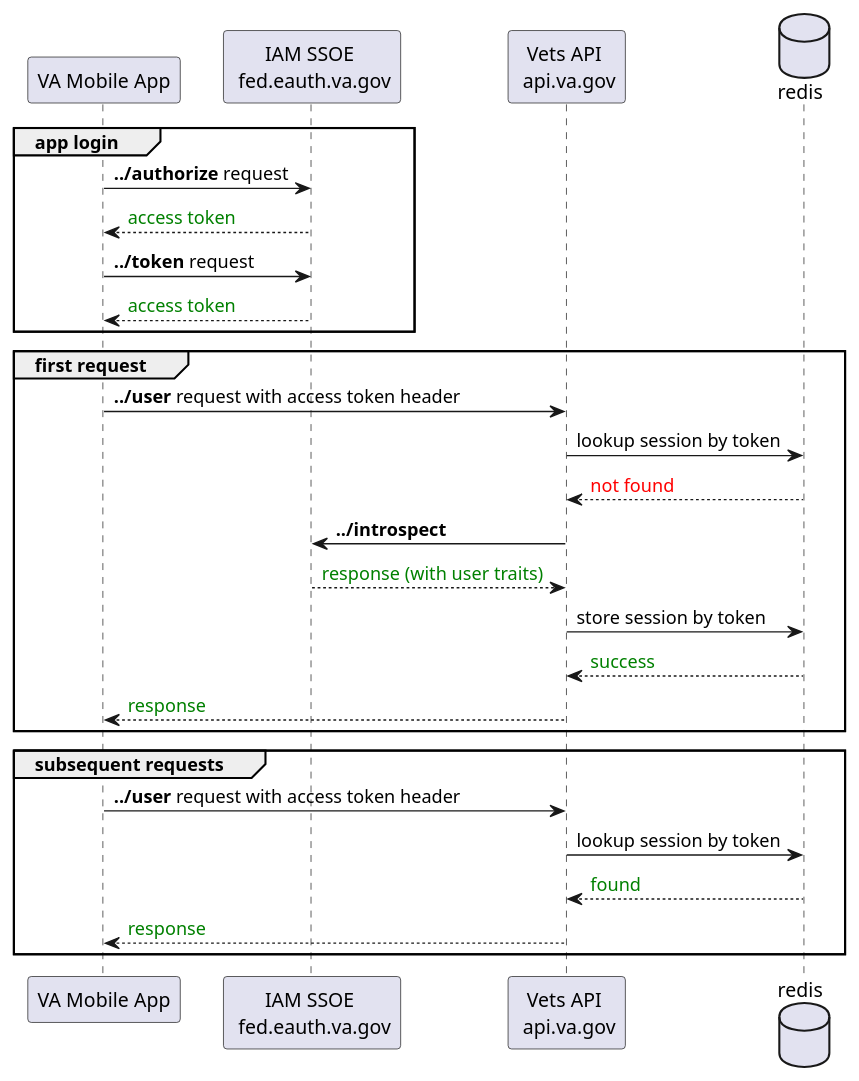
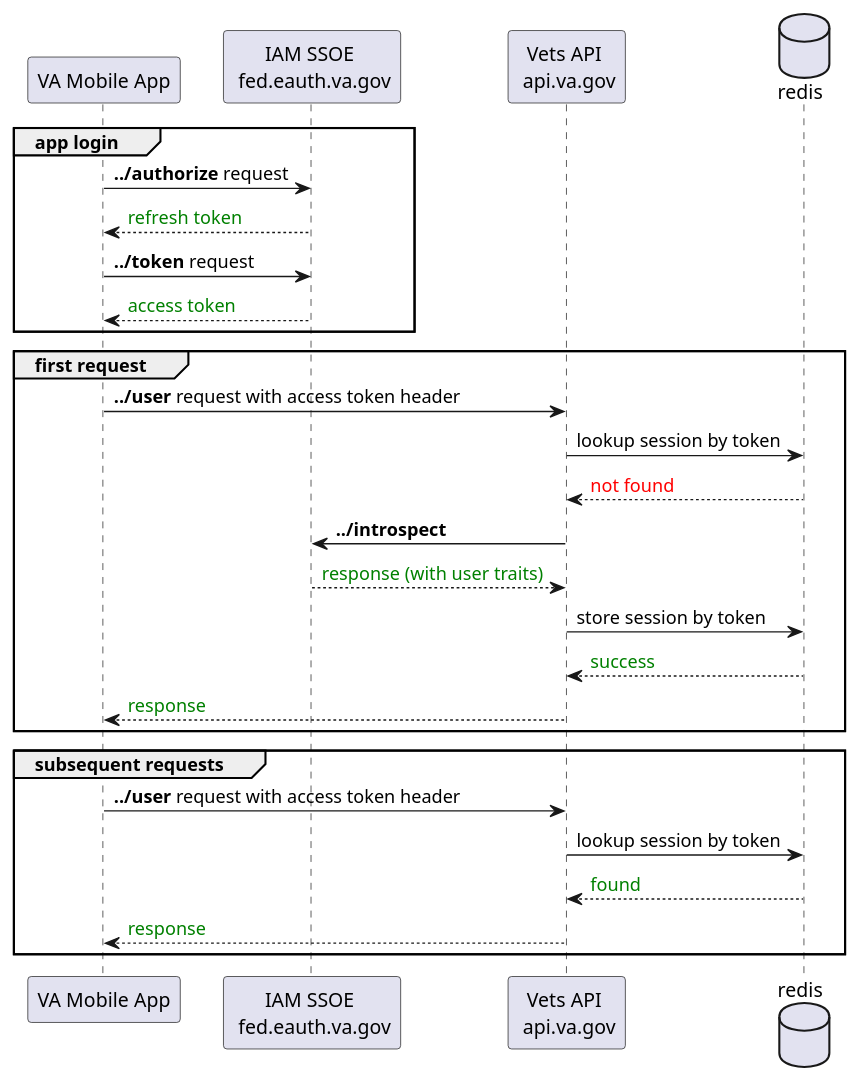
Before and after one commit to department-of-veterans-affairs/va.gov-team: the diagram in platform/engineering/design-docs/images/mobile-ssoe-auth/mobile_ssoe_auth_sequence.puml, drawn with PlantUML. The commit also changed 1 other file, not shown here.

Commit message:
update sequence diagram

```diff
--- a/platform/engineering/design-docs/images/mobile-ssoe-auth/mobile_ssoe_auth_sequence.puml
+++ b/platform/engineering/design-docs/images/mobile-ssoe-auth/mobile_ssoe_auth_sequence.puml
@@ -1,32 +1,32 @@
 @startuml
 participant "VA Mobile App" as app
 participant "IAM SSOE \n fed.eauth.va.gov" as iam
 participant "Vets API \n api.va.gov" as api
 database redis
 
 group app login
   app -> iam: <b>../authorize</b> request
-	iam --> app: <font color=green>access token
+	iam --> app: <font color=green>refresh token
 	app -> iam: <b>../token</b> request
 	iam --> app: <font color=green>access token
 end
 
 group first request
   app -> api: <b>../user</b> request with access token header
   api -> redis: lookup session by token
   redis --> api: <font color=red>not found
   api -> iam: <b>../introspect</b>
   iam --> api: <font color=green>response (with user traits)
   api -> redis: store session by token
   redis --> api: <font color=green>success
   api --> app: <font color=green>response
 end
 
 group subsequent requests
   app -> api: <b>../user</b> request with access token header
   api -> redis: lookup session by token
   redis --> api: <font color=green>found
   api --> app: <font color=green>response
 end
 
 @enduml
```
